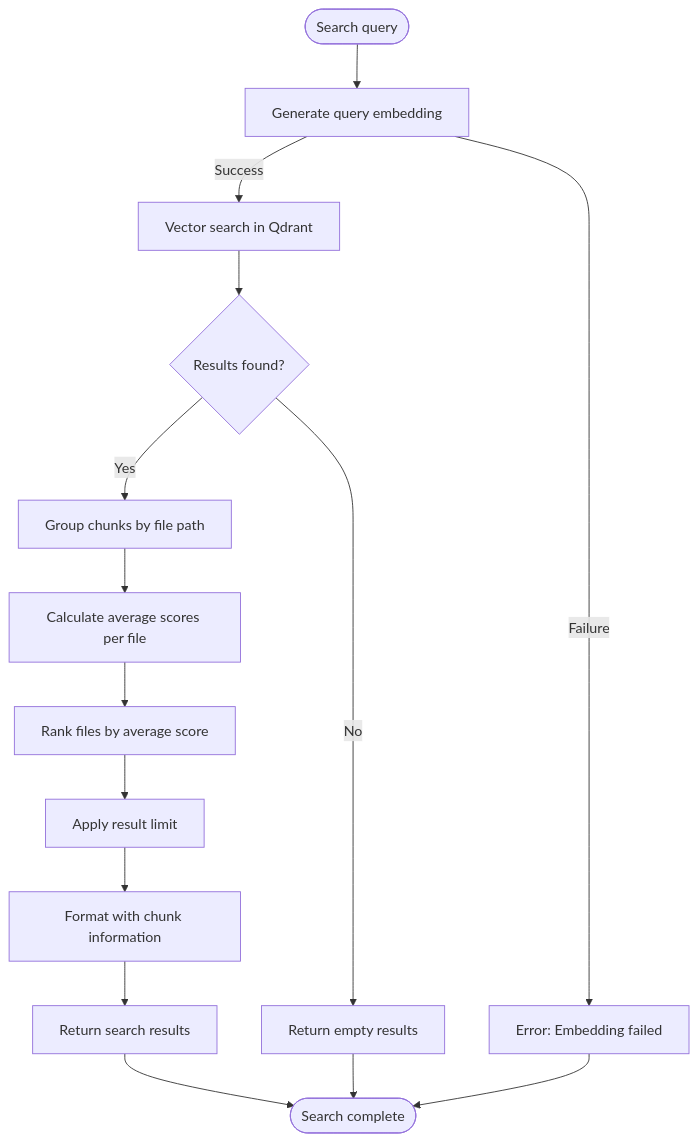
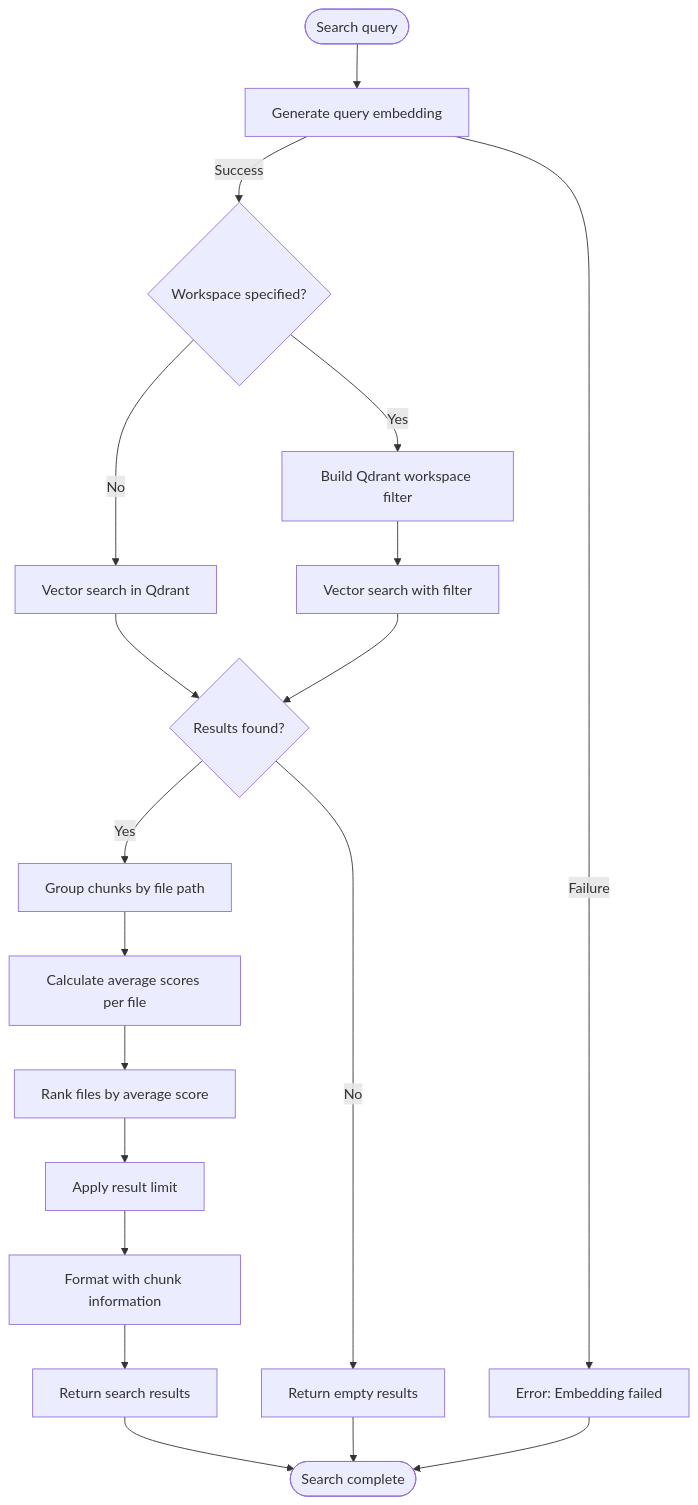
Before and after one commit to peteretelej/directory-indexer: the third of 7 diagrams in docs/flows.md, drawn with Mermaid. The commit also changed 20 other files, not shown here.

First line of the commit message:
Implement workspace search via qdrant filters (#5)

````diff
--- a/docs/flows.md
+++ b/docs/flows.md
@@ -91,17 +91,21 @@
 ```mermaid
 flowchart TD
     START([Search query]) --> EMBED[Generate query embedding]
-    EMBED -->|Success| VECTOR[Vector search in Qdrant]
+    EMBED -->|Success| WORKSPACE{Workspace specified?}
     EMBED -->|Failure| ERROR[Error: Embedding failed]
+    WORKSPACE -->|Yes| FILTER[Build Qdrant workspace filter]
+    WORKSPACE -->|No| VECTOR[Vector search in Qdrant]
+    FILTER --> VECTOR_FILTERED[Vector search with filter]
     VECTOR --> RESULTS{Results found?}
+    VECTOR_FILTERED --> RESULTS
     RESULTS -->|No| EMPTY[Return empty results]
     RESULTS -->|Yes| GROUP[Group chunks by file path]
     GROUP --> SCORE[Calculate average scores per file]
     SCORE --> RANK[Rank files by average score]
     RANK --> LIMIT[Apply result limit]
     LIMIT --> FORMAT[Format with chunk information]
     FORMAT --> RETURN[Return search results]
     RETURN --> END([Search complete])
     EMPTY --> END
     ERROR --> END
 ```
````
